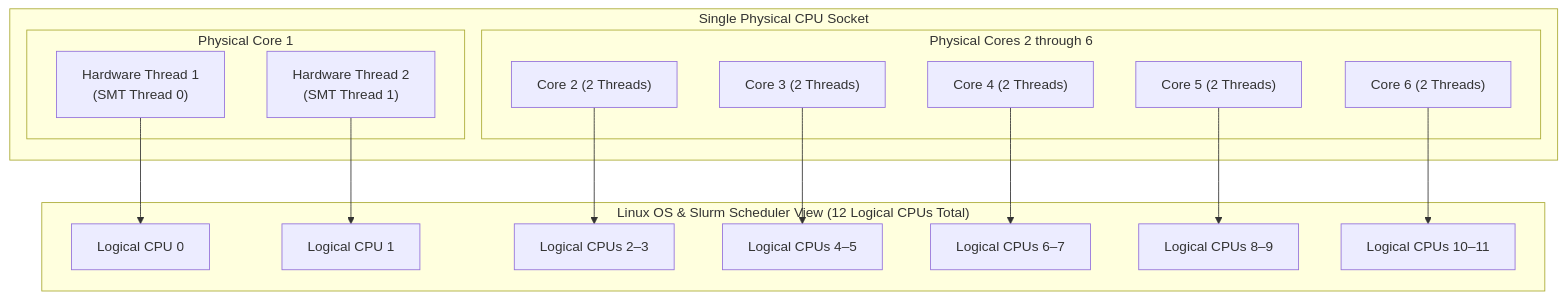
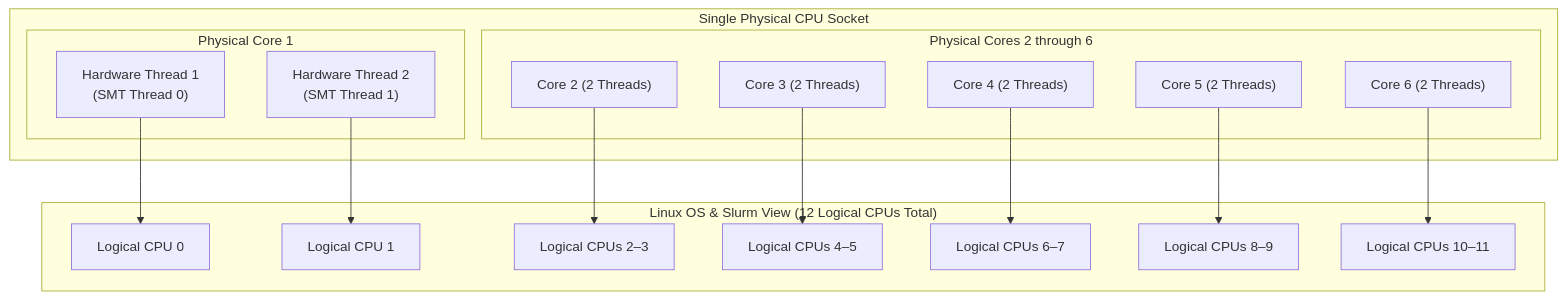
The third of 6 diagrams in _pages/hpc-meep/01-know-your-hpc.md (ahmad-sakib/ahmad-sakib.github.io), drawn with Mermaid before and after one commit. The commit also changed other lines of this file and 5 other files, not shown here.

````diff
--- a/_pages/hpc-meep/01-know-your-hpc.md
+++ b/_pages/hpc-meep/01-know-your-hpc.md
@@ -258,34 +279,34 @@
 ```mermaid
 flowchart TB
     subgraph Socket ["Single Physical CPU Socket"]
         subgraph Core1 ["Physical Core 1"]
             T1["Hardware Thread 1\n(SMT Thread 0)"]
             T2["Hardware Thread 2\n(SMT Thread 1)"]
         end
         subgraph CoresOther ["Physical Cores 2 through 6"]
             T3["Core 2 (2 Threads)"]
             T4["Core 3 (2 Threads)"]
             T5["Core 4 (2 Threads)"]
             T6["Core 5 (2 Threads)"]
             T7["Core 6 (2 Threads)"]
         end
     end
 
     T1 --> L0["Logical CPU 0"]
     T2 --> L1["Logical CPU 1"]
     T3 --> L2["Logical CPUs 2–3"]
     T4 --> L3["Logical CPUs 4–5"]
     T5 --> L4["Logical CPUs 6–7"]
     T6 --> L5["Logical CPUs 8–9"]
     T7 --> L6["Logical CPUs 10–11"]
 
-    subgraph OSView ["Linux OS & Slurm Scheduler View (12 Logical CPUs Total)"]
+    subgraph OSView ["Linux OS & Slurm View (12 Logical CPUs Total)"]
         L0
         L1
         L2
         L3
         L4
         L5
         L6
     end
 ```
````
